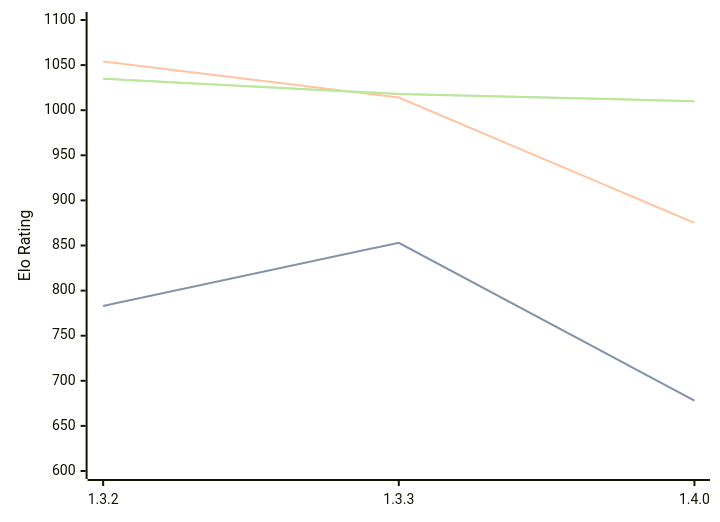
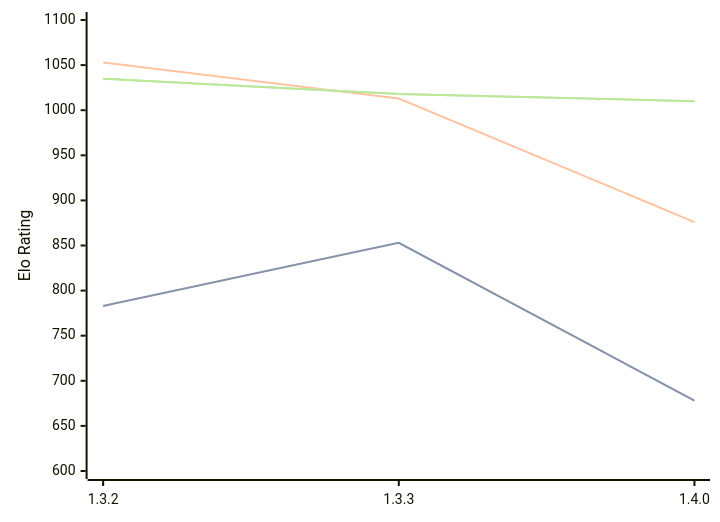
Before and after one commit to computer-chess-index/cci: the diagram in engines/Whitespine.md, drawn with Mermaid. The commit also changed other lines of this file, not shown here.

````diff
--- a/engines/Whitespine.md
+++ b/engines/Whitespine.md
@@ -36,11 +36,11 @@
 ```mermaid
 %%{init: {"theme":"base","themeVariables":{"seriesColors:['#a3a3a3','#222221','#faa371']}}}%%
 xychart-beta
   x-axis ["1.3.2", "1.3.3", "1.4.0"]
   y-axis "Elo Rating" 600 --> 1100
   line "STC (8.0+0.08s)" [783, 853, 678]
   line "STC (8.0+0.08s)" [783, 853, 678]
-  line "LTC (60.0+0.60s)" [1054, 1014, 875]
+  line "LTC (60.0+0.60s)" [1053, 1013, 876]
   line "VLTC (2m24s+1.12s)" [1035, 1018, 1010]
   line "VLTC (2m24s+1.12s)" [1035, 1018, 1010]
 ```
````
